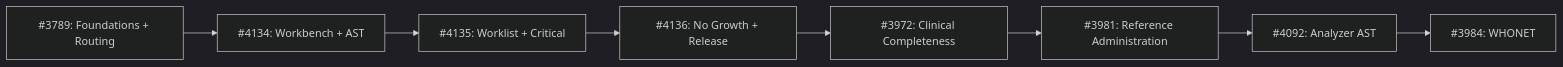
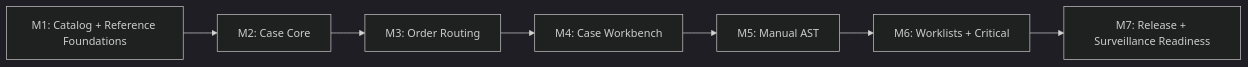
One commit to I-TECH-UW/OpenELIS-Global-2 changed the diagram in specs/782-ogc-782-microbiology-mvp-spec/plan.md. Above: the diagram before and after it, drawn with Mermaid (dark theme). The commit also changed other lines of this file and 292 other files, not shown here.

````diff
--- a/specs/782-ogc-782-microbiology-mvp-spec/plan.md
+++ b/specs/782-ogc-782-microbiology-mvp-spec/plan.md
@@ -187,10 +110,9 @@
 ```mermaid
 graph LR
-    P3789["#3789: Foundations + Routing"] --> P4134["#4134: Workbench + AST"]
-    P4134 --> P4135["#4135: Worklist + Critical"]
-    P4135 --> P4136["#4136: No Growth + Release"]
-    P4136 --> P3972["#3972: Clinical Completeness"]
-    P3972 --> P3981["#3981: Reference Administration"]
-    P3981 --> P4092["#4092: Analyzer AST"]
-    P4092 --> P3984["#3984: WHONET"]
+    M1["M1: Catalog + Reference Foundations"] --> M2["M2: Case Core"]
+    M2 --> M3["M3: Order Routing"]
+    M3 --> M4["M4: Case Workbench"]
+    M4 --> M5["M5: Manual AST"]
+    M5 --> M6["M6: Worklists + Critical"]
+    M6 --> M7["M7: Release + Surveillance Readiness"]
 ```
````
